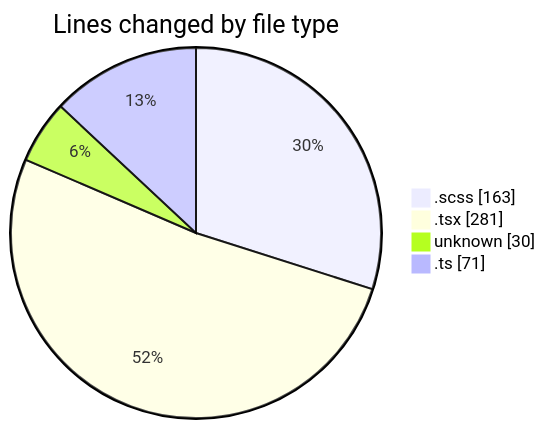
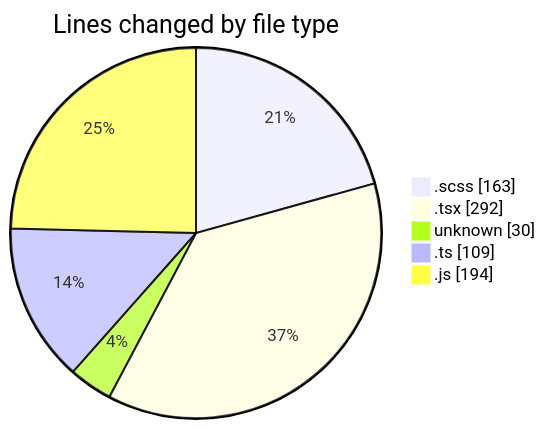
The first of 2 diagrams in 2025-03-05/cda/README.md (momahboobian/code-tracking), drawn with Mermaid before and after one commit. The commit also changed other lines of this file and 1 other file, not shown here.

````diff
--- a/2025-03-05/cda/README.md
+++ b/2025-03-05/cda/README.md
@@ -27,8 +29,9 @@
 ```mermaid
 pie showData
 title Lines changed by file type
 ".scss" : 163
-".tsx" : 281
+".tsx" : 292
 "unknown" : 30
-".ts" : 71
+".ts" : 109
+".js" : 194
 ```
````
